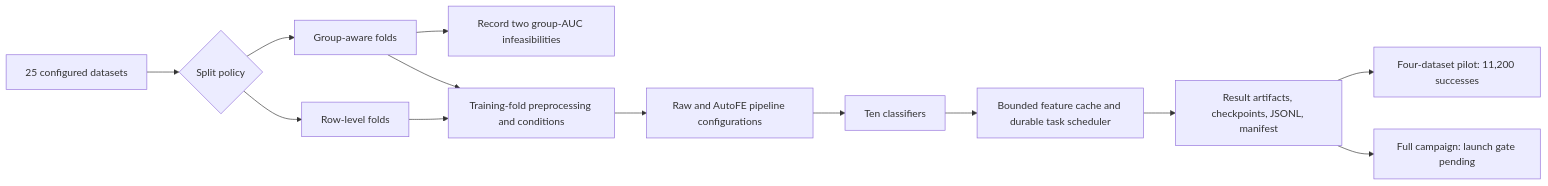
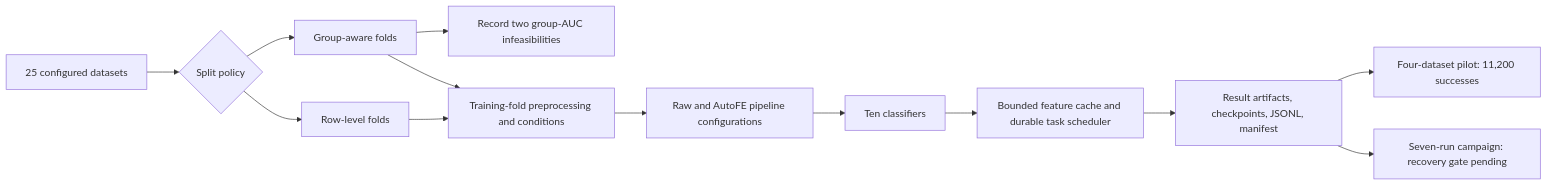
The diagram in README.md (mdshoaibuddinchanda/AutoFE-ShiftBench), drawn with Mermaid before and after one commit. The commit also changed other lines of this file and 2 other files, not shown here.

Commit message:
Record clean group calibration and current launch scope

````diff
--- a/README.md
+++ b/README.md
@@ -19,15 +19,15 @@
 ```mermaid
 flowchart LR
     A[25 configured datasets] --> B{Split policy}
     B --> R[Row-level folds]
     B --> G[Group-aware folds]
     G --> S[Record two group-AUC infeasibilities]
     R --> T[Training-fold preprocessing and conditions]
     G --> T
     T --> F[Raw and AutoFE pipeline configurations]
     F --> M[Ten classifiers]
     M --> C[Bounded feature cache and durable task scheduler]
     C --> L[Result artifacts, checkpoints, JSONL, manifest]
     L --> P[Four-dataset pilot: 11,200 successes]
-    L --> H[Full campaign: launch gate pending]
+    L --> H[Seven-run campaign: recovery gate pending]
 ```
````
